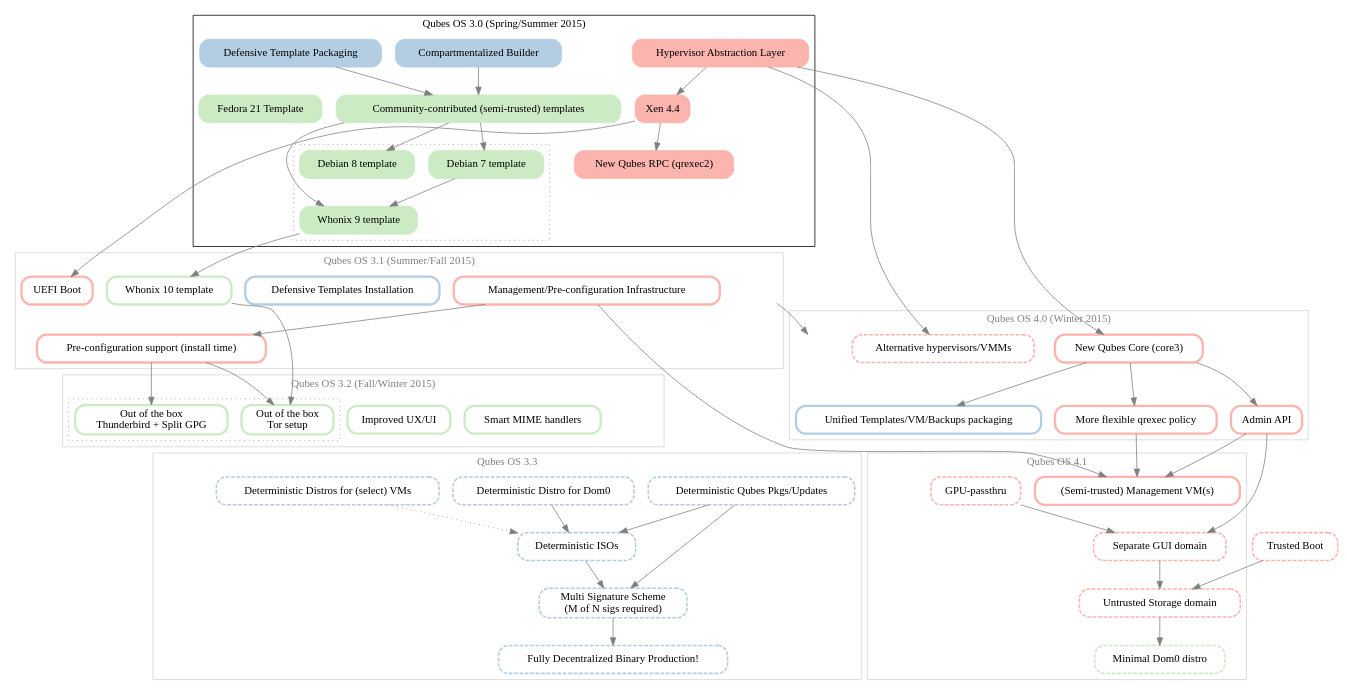
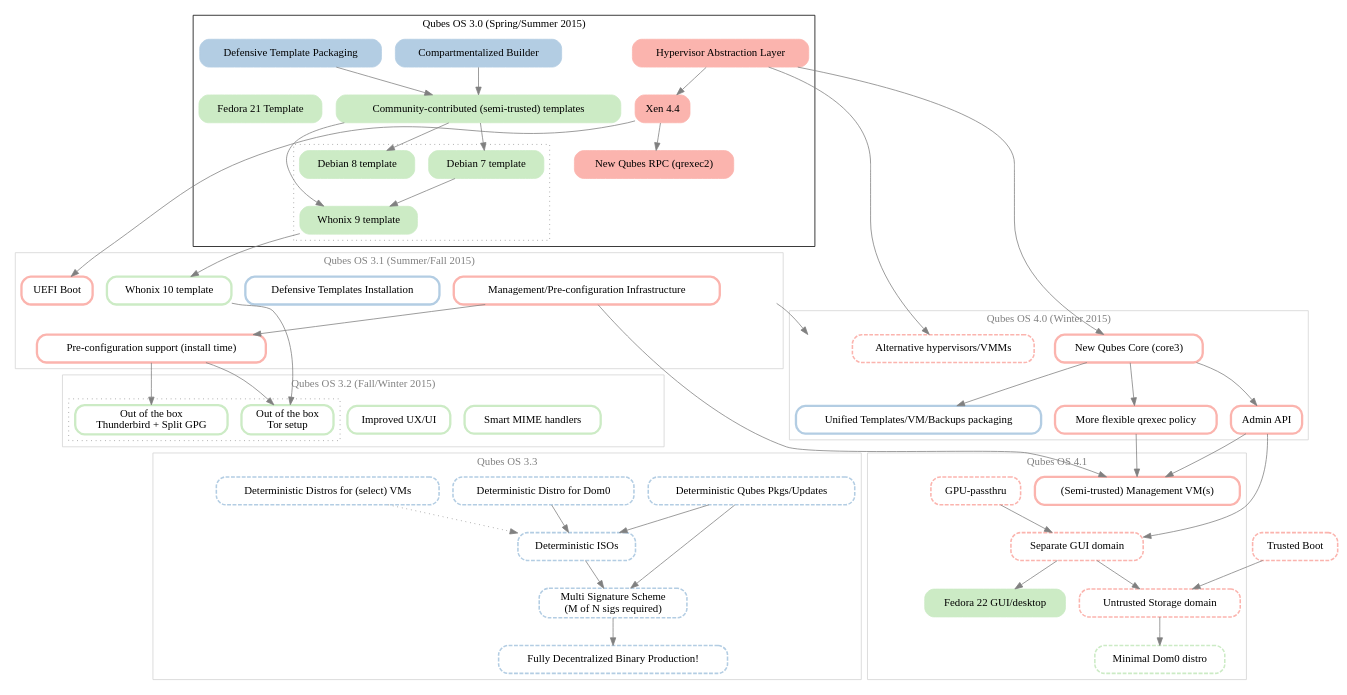
The diagram in roadmap.dot (rootkovska/qubes-roadmap), drawn with Graphviz before and after one commit.

Commit message:
FC22 GUI/desktop only after we have separate GUI domain

```diff
--- a/roadmap.dot
+++ b/roadmap.dot
@@ -117,6 +117,8 @@
     { node [fillcolor=3, color=3];
 
         template_fc21 [label="Fedora 21 Template"];
+        gui_fc22 [label="Fedora 22 GUI/desktop"];
+        core_GUIdom -> gui_fc22;
 
         template_community [label="Community-contributed (semi-trusted) templates"];
         builder_compartmentalization -> template_community;
@@ -246,6 +248,7 @@
  
         core_GPUpassthru;
         core_GUIdom;
+        gui_fc22;
         core_mgmt_vm;
         core_StorageDom;
         dom0_minimal_distro;
```
